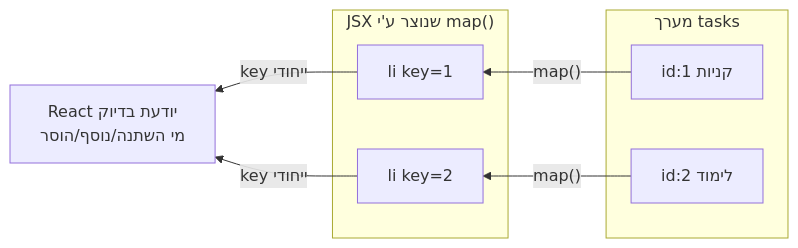
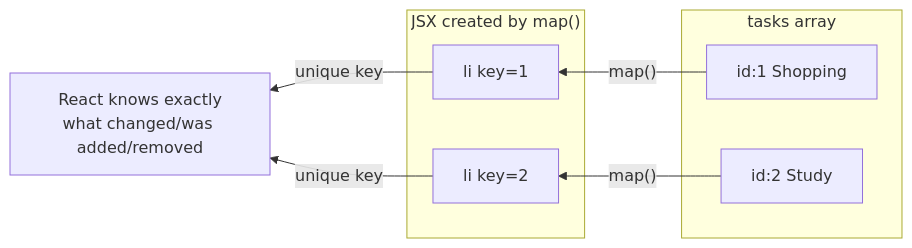
One commit to neriyaMalachi/FullStack_kodkode_5 changed the diagram in content/docs/react/92-react-lists-conditional-content.md. Above: the diagram before and after it, drawn with Mermaid. The commit also changed other lines of this file and 117 other files, not shown here.

````diff
--- a/content/docs/react/92-react-lists-conditional-content.md
+++ b/content/docs/react/92-react-lists-conditional-content.md
@@ -49,15 +49,15 @@
 ```mermaid
 flowchart RL
-    subgraph arr["מערך tasks"]
-        A1["id:1 קניות"]
-        A2["id:2 לימוד"]
+    subgraph arr["tasks array"]
+        A1["id:1 Shopping"]
+        A2["id:2 Study"]
     end
-    subgraph jsx["JSX שנוצר ע'י map()"]
+    subgraph jsx["JSX created by map()"]
         L1["li key=1"]
         L2["li key=2"]
     end
     A1 -->|"map()"| L1
     A2 -->|"map()"| L2
-    L1 -->|"key ייחודי"| React["React יודעת בדיוק<br/>מי השתנה/נוסף/הוסר"]
-    L2 -->|"key ייחודי"| React
+    L1 -->|"unique key"| React["React knows exactly<br/>what changed/was added/removed"]
+    L2 -->|"unique key"| React
 ```
````
